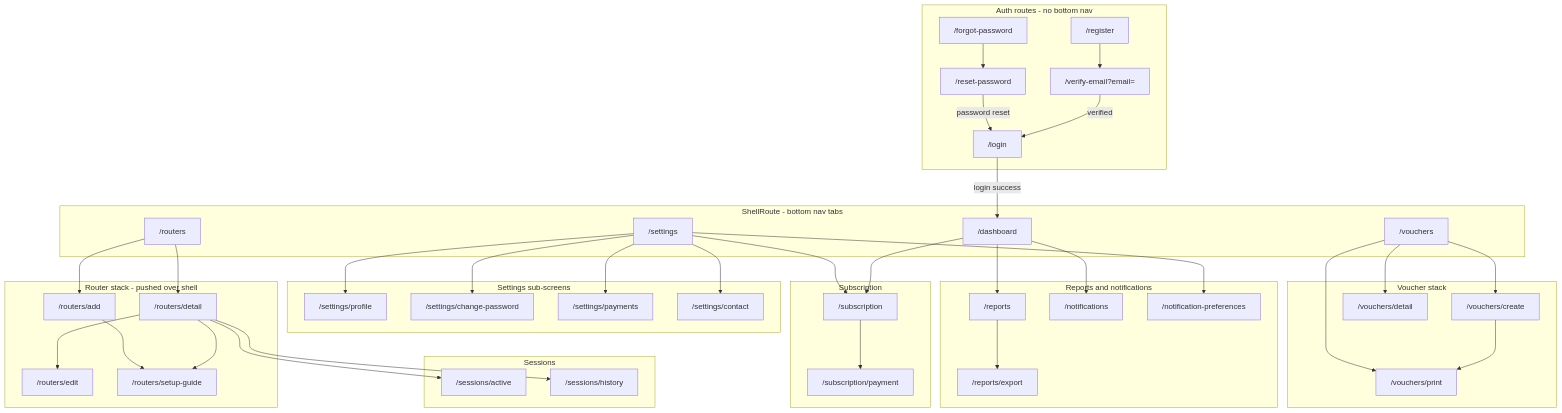
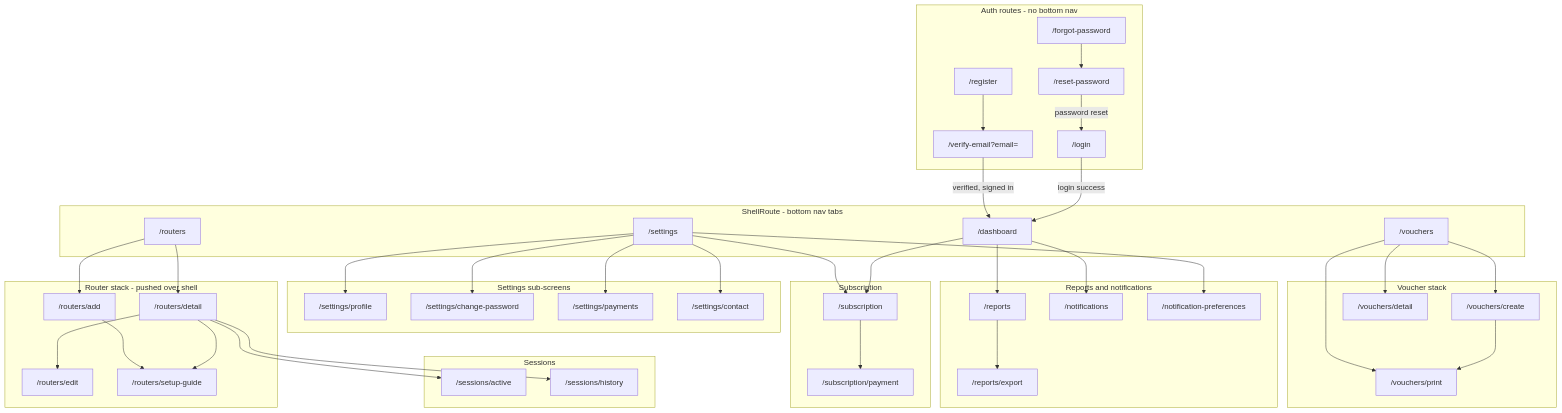
Before and after one commit to mubarakbasher/wasel: the first of 2 diagrams in docs/APP_FLOW.md, drawn with Mermaid. The commit also changed other lines of this file and 18 other files, not shown here.

```diff
--- a/docs/APP_FLOW.md
+++ b/docs/APP_FLOW.md
@@ -74,7 +74,7 @@
   end
 
   LOGIN -->|"login success"| DASH
-  VERIFY -->|"verified"| LOGIN
+  VERIFY -->|"verified, signed in"| DASH
   RESET -->|"password reset"| LOGIN
 
   subgraph RSTACK["Router stack - pushed over shell"]
```
